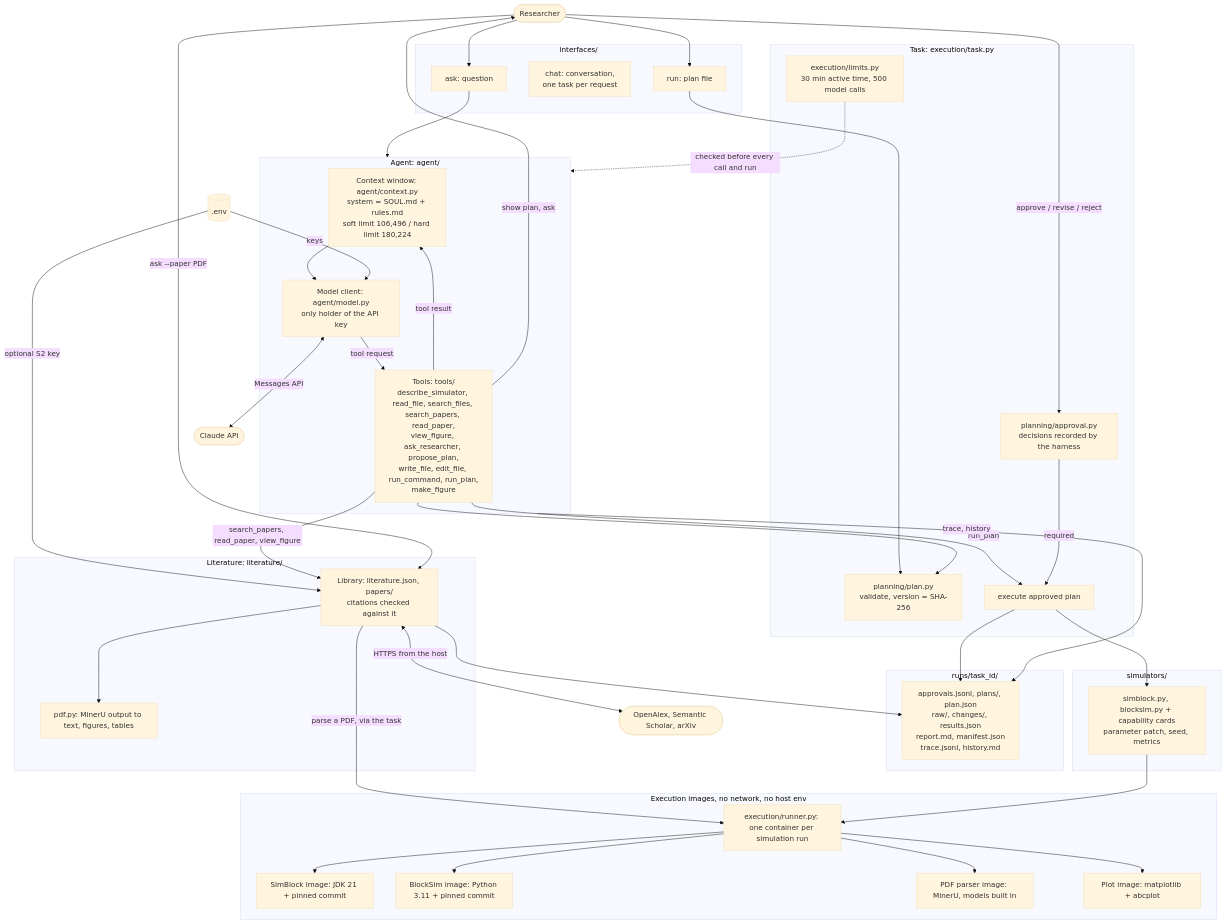
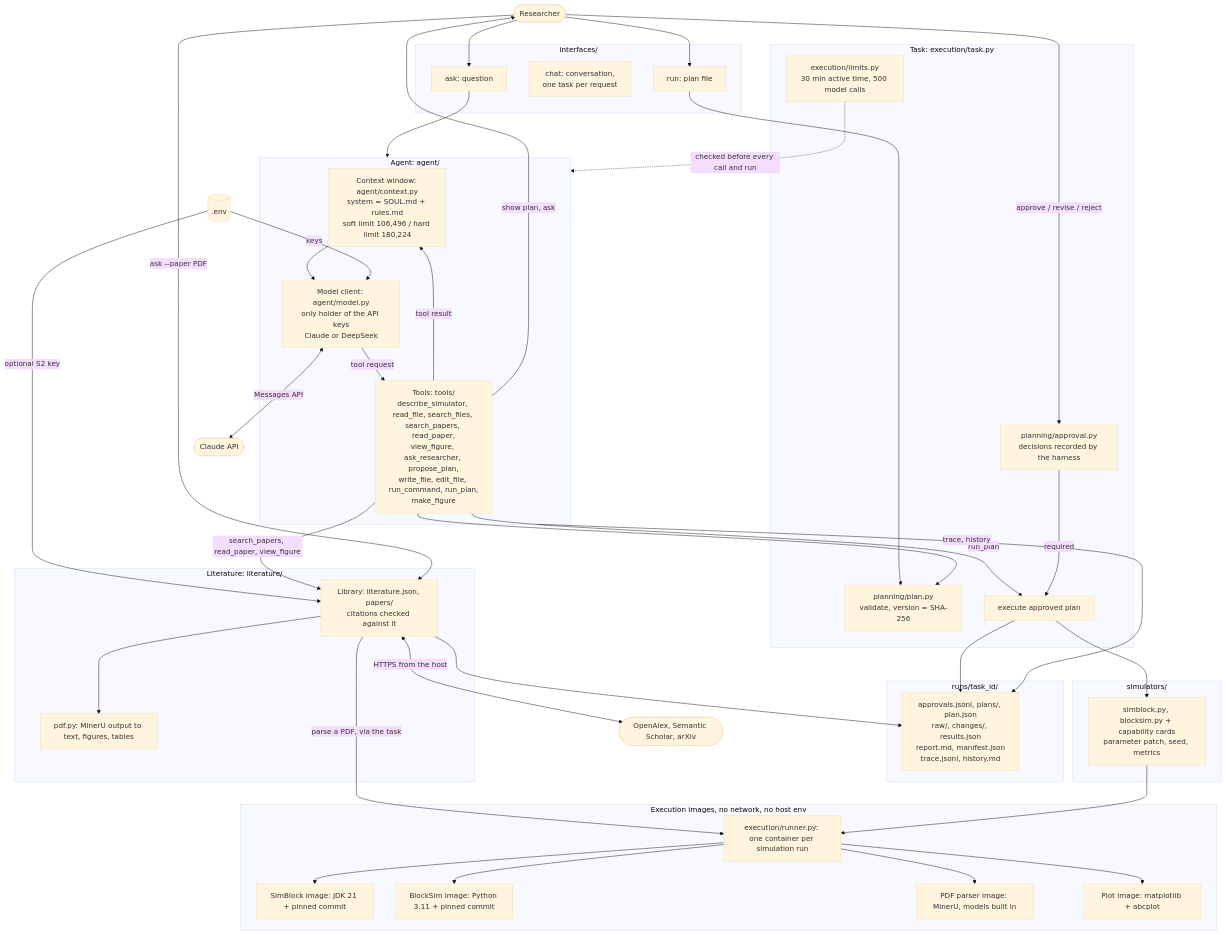
The diagram in docs/architecture.md (teiyou416/abc-harness), drawn with Mermaid (base theme) before and after one commit. The commit also changed other lines of this file and 18 other files, not shown here.

First line of the commit message:
Support DeepSeek models and fix the model list to six current models

````diff
--- a/docs/architecture.md
+++ b/docs/architecture.md
@@ -8,70 +8,70 @@
 ```mermaid
 flowchart TB
     R(["Researcher"])
 
     subgraph CLI["interfaces/"]
         ASK["ask: question"]
         CHAT["chat: conversation,<br/>one task per request"]
         RUN["run: plan file"]
     end
 
     subgraph LOOP["Agent: agent/"]
         CTX["Context window: agent/context.py<br/>system = SOUL.md + rules.md<br/>soft limit 106,496 / hard limit 180,224"]
-        LLM["Model client: agent/model.py<br/>only holder of the API key"]
+        LLM["Model client: agent/model.py<br/>only holder of the API keys<br/>Claude or DeepSeek"]
         TOOLS["Tools: tools/<br/>describe_simulator, read_file, search_files, search_papers, read_paper,<br/>view_figure, ask_researcher, propose_plan,<br/>write_file, edit_file, run_command, run_plan,<br/>make_figure"]
         CTX --> LLM -->|tool request| TOOLS -->|tool result| CTX
     end
 
     subgraph TASK["Task: execution/task.py"]
         PLAN["planning/plan.py<br/>validate, version = SHA-256"]
         APPROVAL["planning/approval.py<br/>decisions recorded by the harness"]
         LIMITS["execution/limits.py<br/>30 min active time, 500 model calls"]
         EXEC["execute approved plan"]
     end
 
     subgraph SIM["simulators/"]
         ADAPTER["simblock.py, blocksim.py + capability cards<br/>parameter patch, seed, metrics"]
     end
 
     subgraph DOCKER["Execution images, no network, no host env"]
         RUNNER["execution/runner.py: one container per simulation run"]
         SIMBLOCK["SimBlock image: JDK 21 + pinned commit"]
         BLOCKSIM["BlockSim image: Python 3.11 + pinned commit"]
         PDFIMG["PDF parser image: MinerU, models built in"]
         PLOTIMG["Plot image: matplotlib + abcplot"]
         RUNNER --> SIMBLOCK
         RUNNER --> BLOCKSIM
         RUNNER --> PDFIMG
         RUNNER --> PLOTIMG
     end
 
     subgraph ART["runs/task_id/"]
         FILES["approvals.jsonl, plans/, plan.json<br/>raw/, changes/, results.json<br/>report.md, manifest.json<br/>trace.jsonl, history.md"]
     end
 
     subgraph LIT["Literature: literature/"]
         LIB["Library: literature.json, papers/<br/>citations checked against it"]
         PDF["pdf.py: MinerU output to text, figures, tables"]
         LIB --> PDF
     end
 
     ENV[(".env")] -->|keys| LLM
     ENV -->|optional S2 key| LIB
     TOOLS -->|search_papers, read_paper, view_figure| LIB
     LIB <-->|HTTPS from the host| ACADEMIC(["OpenAlex, Semantic Scholar, arXiv"])
     R -->|ask --paper PDF| LIB
     LIB -->|parse a PDF, via the task| RUNNER
     LIB --> FILES
     LLM <-->|Messages API| CLAUDE(["Claude API"])
     R --> ASK --> LOOP
     R --> RUN --> PLAN
     TOOLS --> PLAN
     TOOLS -->|show plan, ask| R
     R -->|approve / revise / reject| APPROVAL
     TOOLS -->|run_plan| EXEC
     APPROVAL -->|required| EXEC
     LIMITS -.->|checked before every call and run| LOOP
     EXEC --> ADAPTER --> RUNNER
     EXEC --> FILES
     LOOP -->|trace, history| FILES
 ```
````
